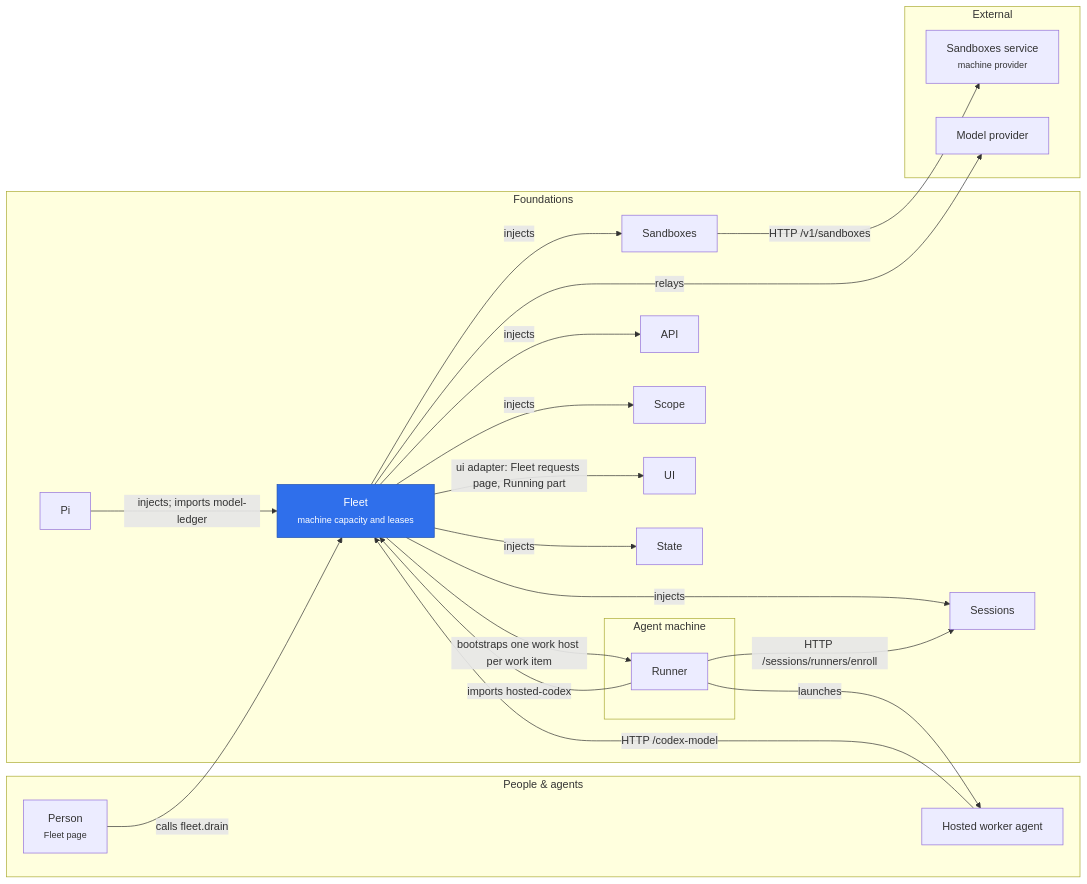
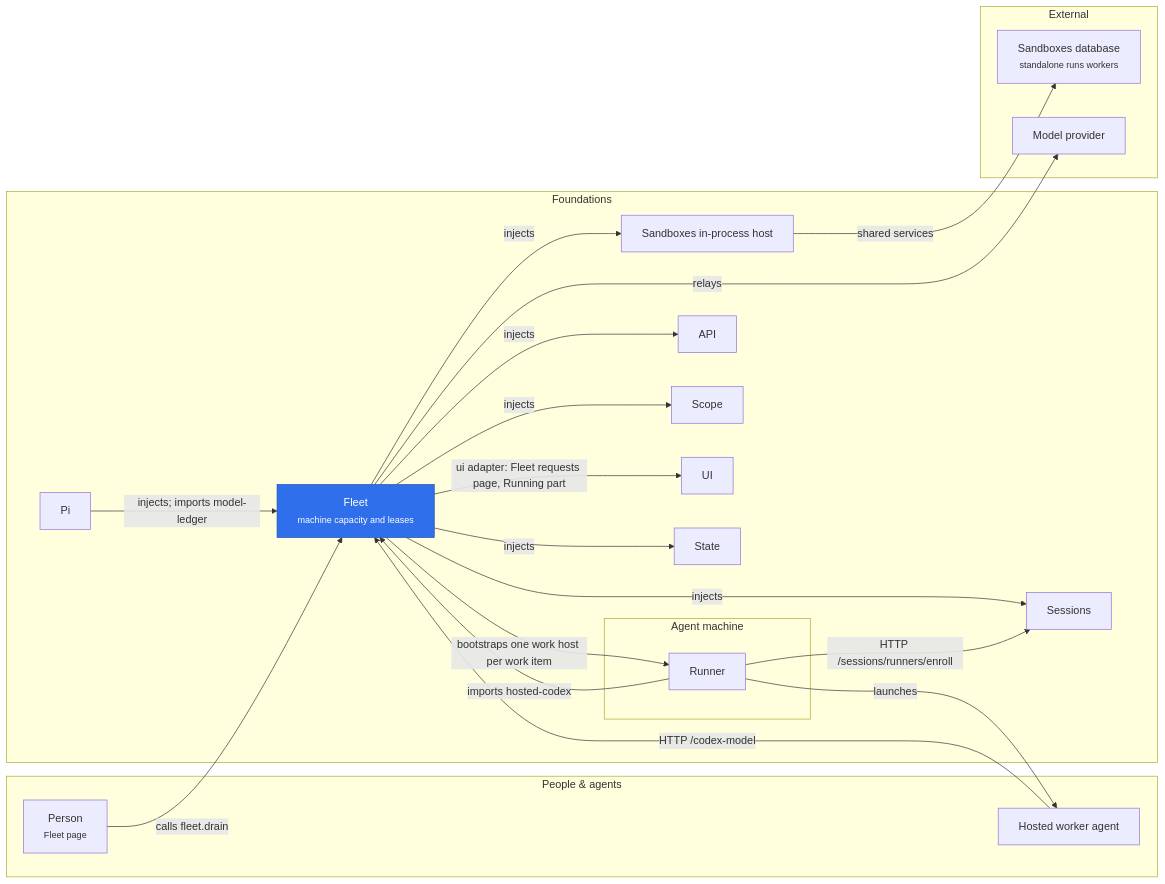
The diagram in merv-typescript/packages/fleet/README.md (rapidreview-io/Merv), drawn with Mermaid before and after one commit. The commit also changed other lines of this file and 20 other files, not shown here.

````diff
--- a/merv-typescript/packages/fleet/README.md
+++ b/merv-typescript/packages/fleet/README.md
@@ -7,41 +7,41 @@
 ```mermaid
 flowchart LR
   subgraph peopleLayer["People & agents"]
     person["Person<br/><small>Fleet page</small>"]
     workerAgent["Hosted worker agent"]
   end
   subgraph foundationsLayer["Foundations"]
     pi["Pi"]
     fleet["Fleet<br/><small>machine capacity and leases</small>"]
     sessions["Sessions"]
-    sandboxes["Sandboxes"]
+    sandboxes["Sandboxes in-process host"]
     api["API"]
     scope["Scope"]
     ui["UI"]
     state["State"]
     subgraph machine["Agent machine"]
       runner["Runner"]
     end
   end
   subgraph externalLayer["External"]
-    sandboxesService["Sandboxes service<br/><small>machine provider</small>"]
+    sandboxesService["Sandboxes database<br/><small>standalone runs workers</small>"]
     modelProvider["Model provider"]
   end
   person -- "calls fleet.drain" --> fleet
   pi -- "injects; imports model-ledger" --> fleet
   fleet -- "injects" --> sandboxes
   fleet -- "injects" --> sessions
   fleet -- "injects" --> api
   fleet -- "injects" --> scope
   fleet -- "injects" --> state
   fleet -- "ui adapter: Fleet requests page, Running part" --> ui
-  sandboxes -- "HTTP /v1/sandboxes" --> sandboxesService
+  sandboxes -- "shared services" --> sandboxesService
   fleet -- "bootstraps one work host per work item" --> runner
   runner -- "HTTP /sessions/runners/enroll" --> sessions
   runner -- "imports hosted-codex" --> fleet
   runner -- "launches" --> workerAgent
   workerAgent -- "HTTP /codex-model" --> fleet
   fleet -- "relays" --> modelProvider
   classDef self fill:#2f6feb,color:#fff,stroke:#1f4fb0
   class fleet self
 ```
````
